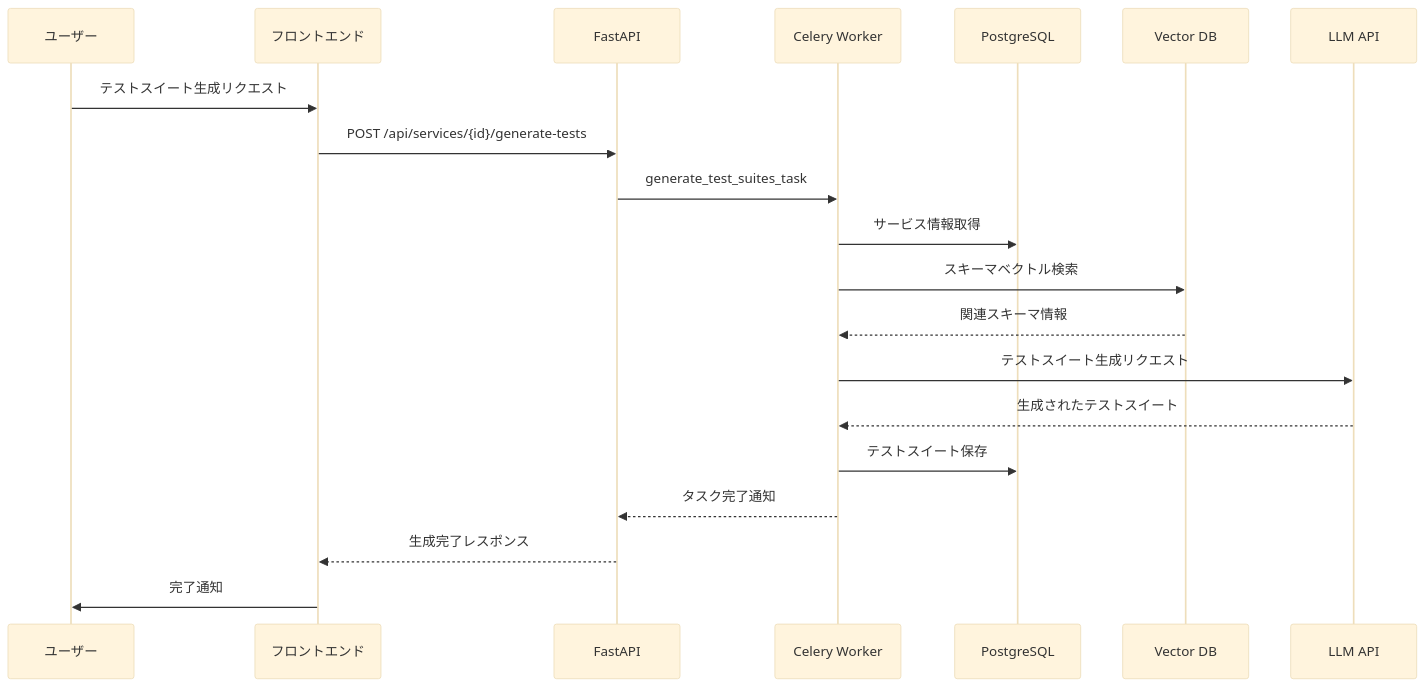
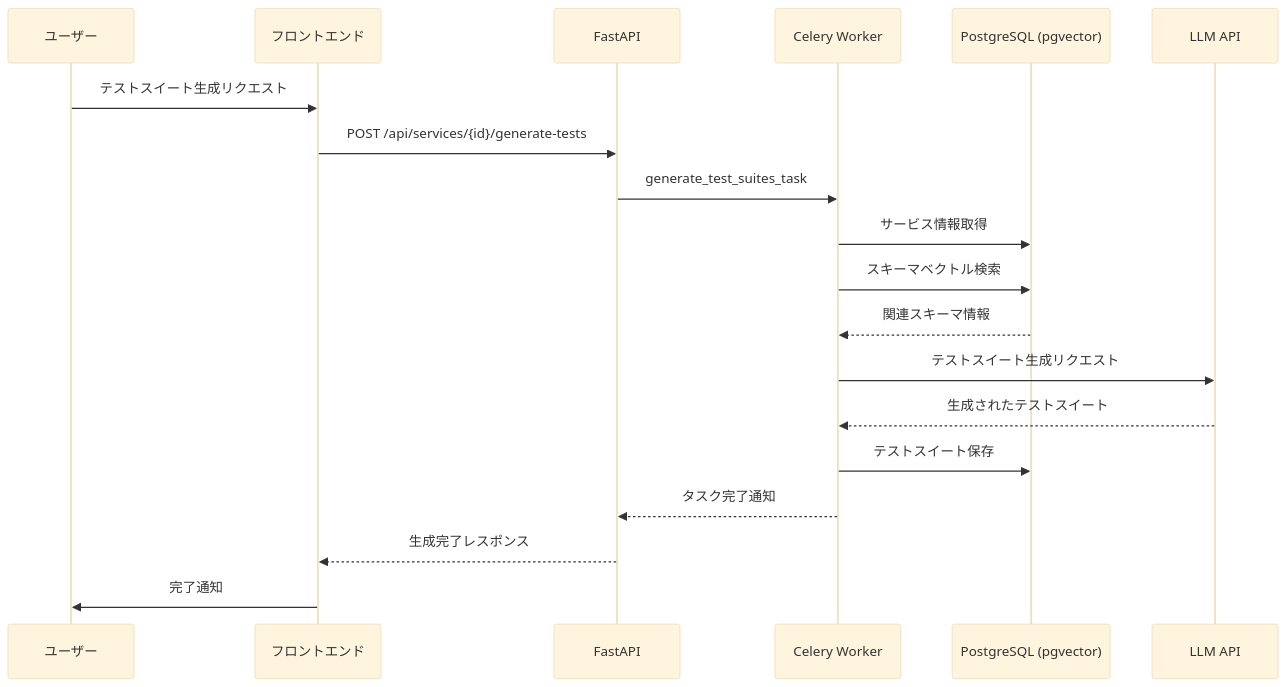
The second of 6 diagrams in ARCHITECTURE.md (Pirikara/caseforge), drawn with Mermaid (base theme) before and after one commit. The commit also changed other lines of this file and 7 other files, not shown here.

````diff
--- a/ARCHITECTURE.md
+++ b/ARCHITECTURE.md
@@ -149,23 +144,22 @@
 ```mermaid
 sequenceDiagram
   participant User as ユーザー
   participant UI as フロントエンド
   participant API as FastAPI
   participant Worker as Celery Worker
-  participant DB as PostgreSQL
-  participant Vector as Vector DB
+  participant DB as PostgreSQL (pgvector)
   participant LLM as LLM API
 
   User->>UI: テストスイート生成リクエスト
   UI->>API: POST /api/services/{id}/generate-tests
   API->>Worker: generate_test_suites_task
   Worker->>DB: サービス情報取得
-  Worker->>Vector: スキーマベクトル検索
-  Vector-->>Worker: 関連スキーマ情報
+  Worker->>DB: スキーマベクトル検索
+  DB-->>Worker: 関連スキーマ情報
   Worker->>LLM: テストスイート生成リクエスト
   LLM-->>Worker: 生成されたテストスイート
   Worker->>DB: テストスイート保存
   Worker-->>API: タスク完了通知
   API-->>UI: 生成完了レスポンス
   UI->>User: 完了通知
 ```
````
